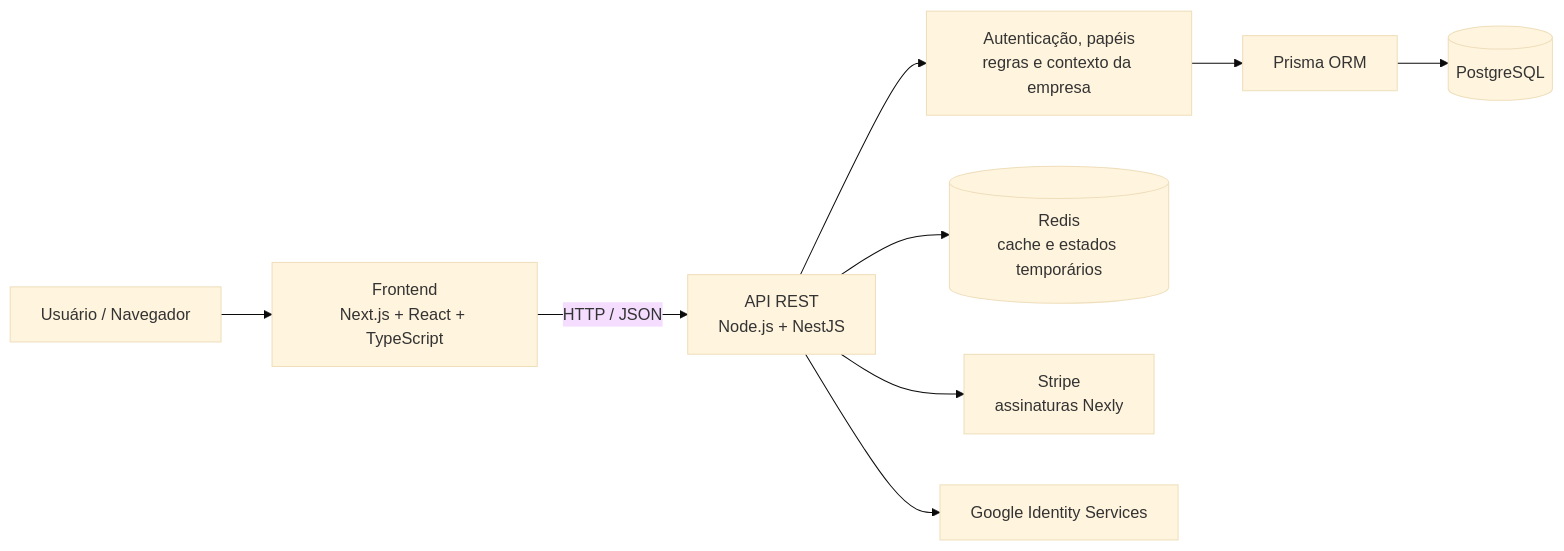
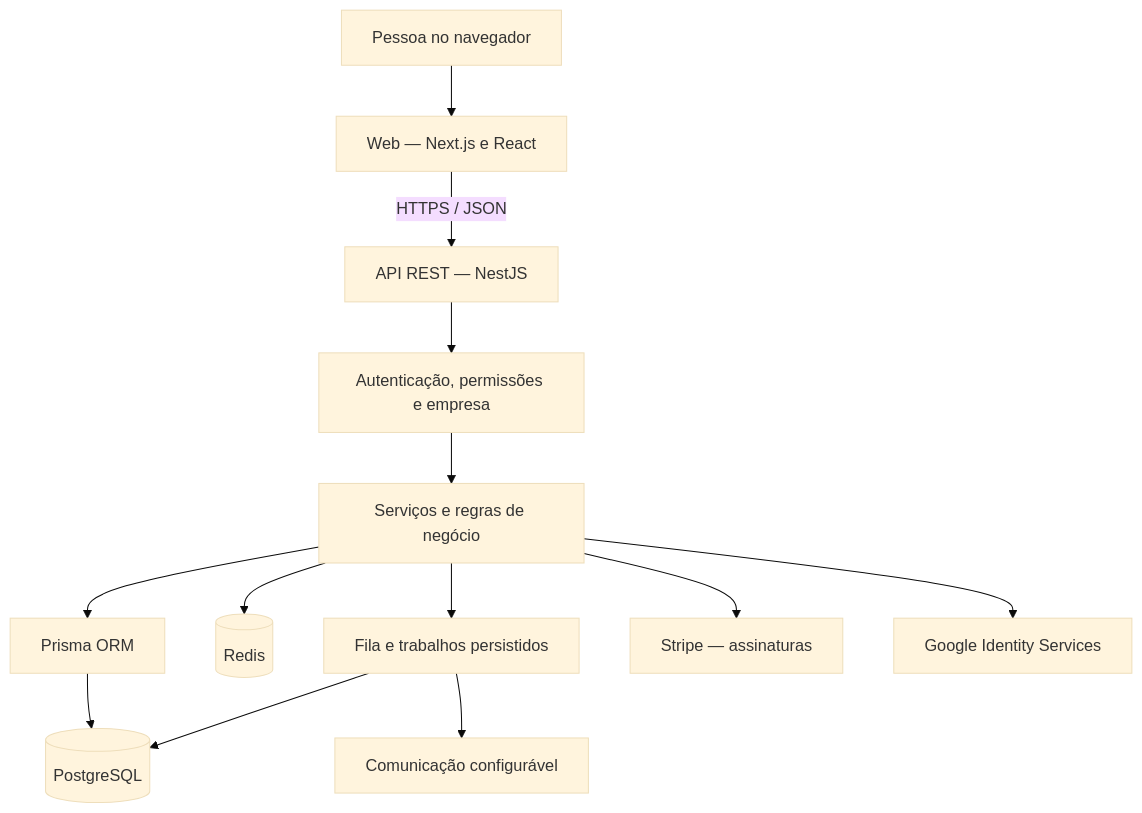
Before and after one commit to Breno-J-Oliveira/Nexly: the third of 7 diagrams in README.md, drawn with Mermaid (base theme). The commit also changed other lines of this file and 61 other files, not shown here.

````diff
--- a/README.md
+++ b/README.md
@@ -108,11 +505,15 @@
 ```mermaid
-flowchart LR
-    U[Usuário / Navegador] --> WEB[Frontend<br/>Next.js + React + TypeScript]
-    WEB -->|HTTP / JSON| API[API REST<br/>Node.js + NestJS]
-    API --> VAL[Autenticação, papéis<br/>regras e contexto da empresa]
-    VAL --> ORM[Prisma ORM]
-    ORM --> PG[(PostgreSQL)]
-    API --> REDIS[(Redis<br/>cache e estados temporários)]
-    API --> STRIPE[Stripe<br/>assinaturas Nexly]
-    API --> GOOGLE[Google Identity Services]
+flowchart TB
+    U[Pessoa no navegador] --> W[Web — Next.js e React]
+    W -->|HTTPS / JSON| A[API REST — NestJS]
+    A --> G[Autenticação, permissões e empresa]
+    G --> S[Serviços e regras de negócio]
+    S --> P[Prisma ORM]
+    P --> DB[(PostgreSQL)]
+    S --> R[(Redis)]
+    S --> J[Fila e trabalhos persistidos]
+    J --> DB
+    S --> ST[Stripe — assinaturas]
+    S --> GI[Google Identity Services]
+    J --> C[Comunicação configurável]
 ```
````
